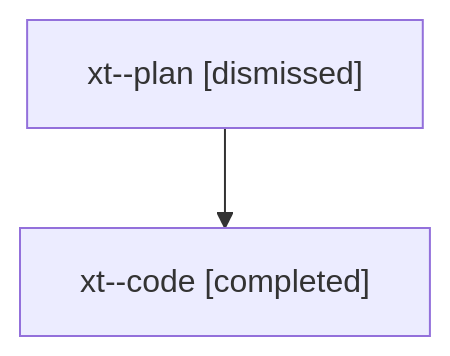
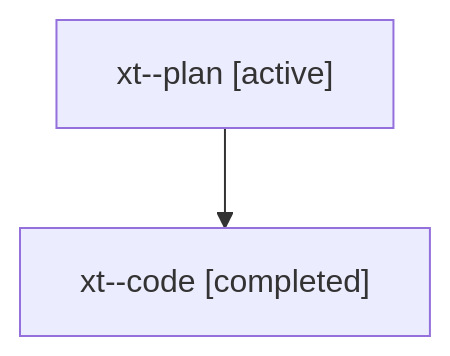
The diagram in families/bbugyi200.athena.xt.md (sase-org/sase--agents), drawn with Mermaid before and after one commit. The commit also changed other lines of this file and 35830 other files, not shown here.

````diff
--- a/families/bbugyi200.athena.xt.md
+++ b/families/bbugyi200.athena.xt.md
@@ -9,6 +9,6 @@
 ```mermaid
 flowchart TD
-  n0["xt--plan [dismissed]"]
+  n0["xt--plan [active]"]
   n1["xt--code [completed]"]
   n0 --> n1
 ```
````
